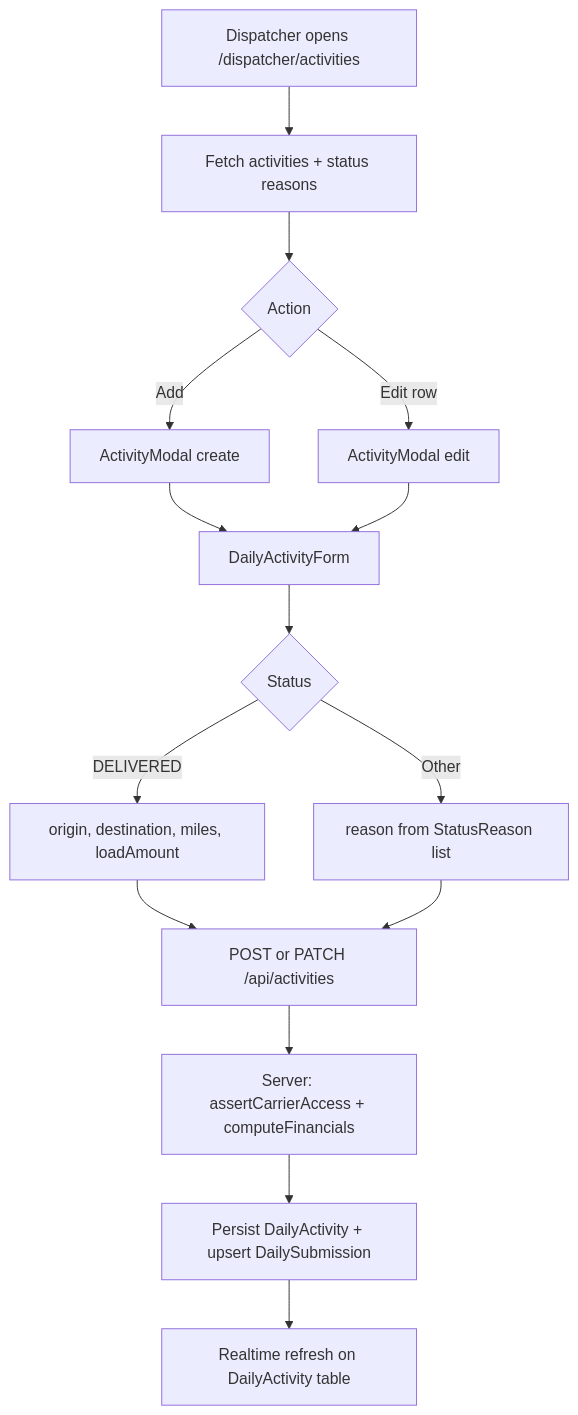
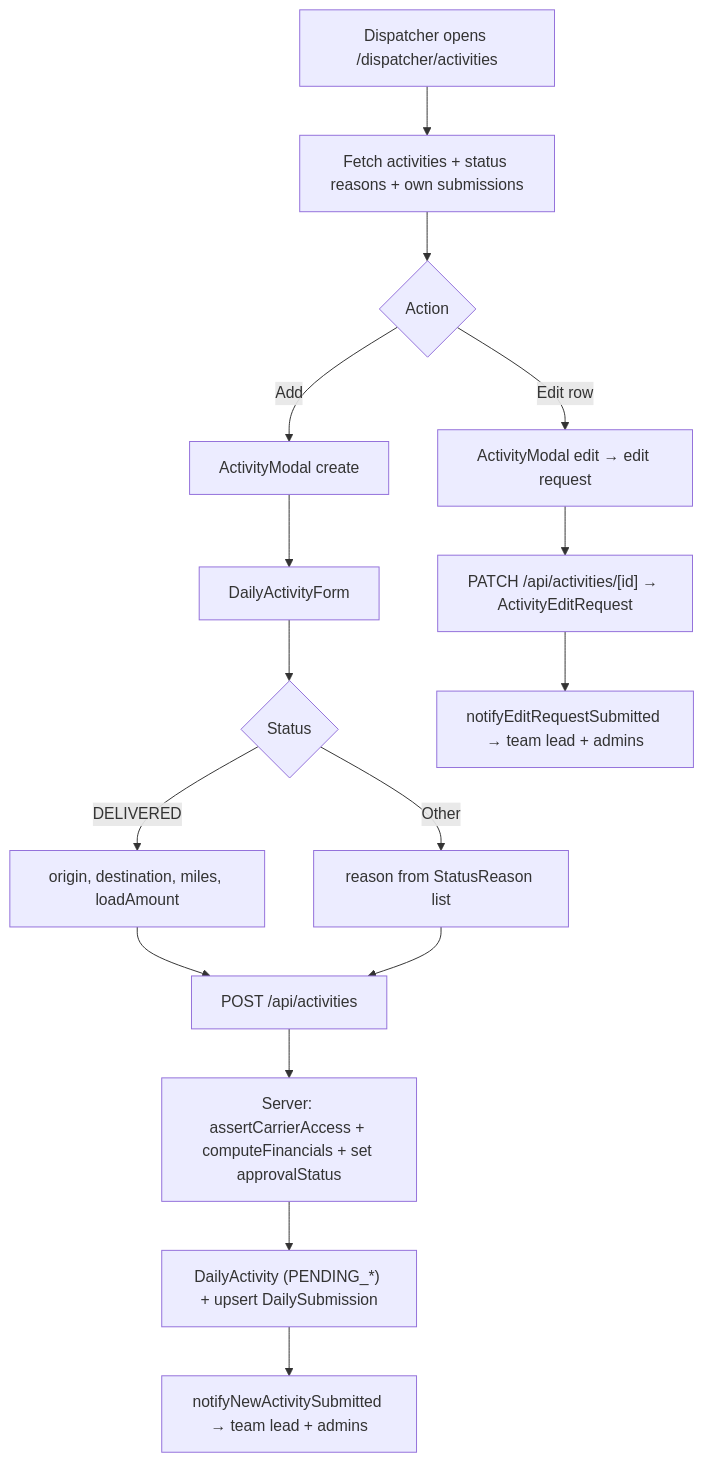
The second of 7 diagrams in SYSTEM_FLOW.md (muhammadjamshed7/dispatcher-performance-platform), drawn with Mermaid before and after one commit. The commit also changed other lines of this file and 11 other files, not shown here.

````diff
--- a/SYSTEM_FLOW.md
+++ b/SYSTEM_FLOW.md
@@ -205,15 +222,17 @@
 ```mermaid
 flowchart TD
-  A["Dispatcher opens /dispatcher/activities"] --> B["Fetch activities + status reasons"]
+  A["Dispatcher opens /dispatcher/activities"] --> B["Fetch activities + status reasons + own submissions"]
   B --> C{"Action"}
   C -->|Add| D["ActivityModal create"]
-  C -->|Edit row| E["ActivityModal edit"]
-  D & E --> F["DailyActivityForm"]
+  C -->|Edit row| E["ActivityModal edit → edit request"]
+  D --> F["DailyActivityForm"]
   F --> G{"Status"}
   G -->|DELIVERED| H["origin, destination, miles, loadAmount"]
   G -->|Other| I["reason from StatusReason list"]
-  H & I --> J["POST or PATCH /api/activities"]
-  J --> K["Server: assertCarrierAccess + computeFinancials"]
-  K --> L["Persist DailyActivity + upsert DailySubmission"]
-  L --> M["Realtime refresh on DailyActivity table"]
+  H & I --> J["POST /api/activities"]
+  J --> K["Server: assertCarrierAccess + computeFinancials + set approvalStatus"]
+  K --> L["DailyActivity (PENDING_*) + upsert DailySubmission"]
+  L --> M["notifyNewActivitySubmitted → team lead + admins"]
+  E --> N["PATCH /api/activities/[id] → ActivityEditRequest"]
+  N --> O["notifyEditRequestSubmitted → team lead + admins"]
 ```
````
